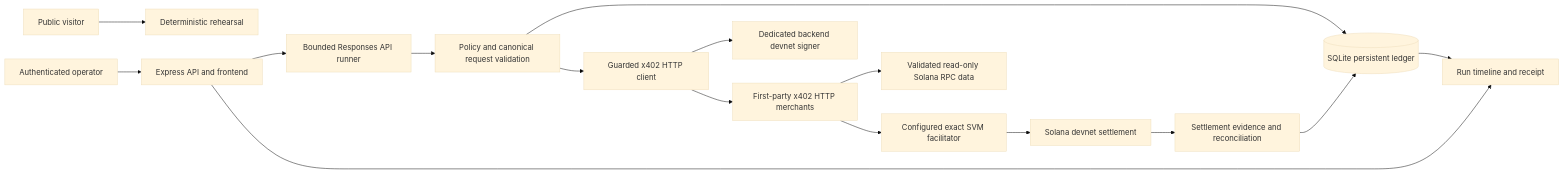
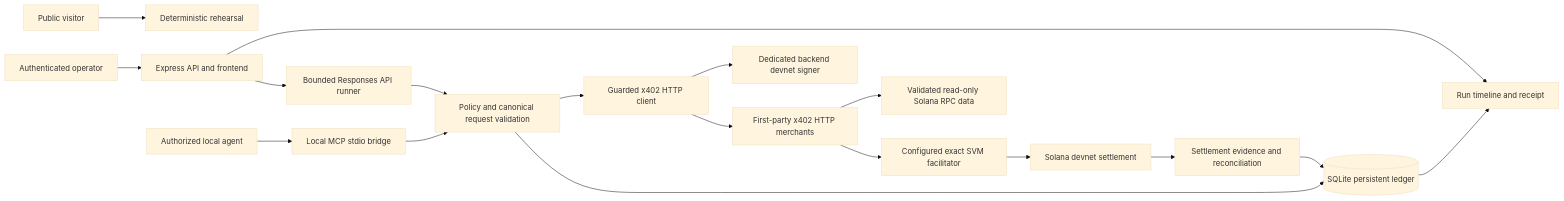
The first of 2 diagrams in docs/architecture.md (operatoruplift/allowance), drawn with Mermaid (base theme) before and after one commit. The commit also changed other lines of this file and 26 other files, not shown here.

````diff
--- a/docs/architecture.md
+++ b/docs/architecture.md
@@ -5,18 +5,20 @@
 ```mermaid
 flowchart LR
   Public[Public visitor] --> Demo[Deterministic rehearsal]
   Operator[Authenticated operator] --> Express[Express API and frontend]
   Express --> Runner[Bounded Responses API runner]
   Runner --> Guard[Policy and canonical request validation]
   Guard --> Ledger[(SQLite persistent ledger)]
   Guard --> Client[Guarded x402 HTTP client]
   Client --> Merchant[First-party x402 HTTP merchants]
   Client --> Signer[Dedicated backend devnet signer]
   Merchant --> Facilitator[Configured exact SVM facilitator]
   Facilitator --> Devnet[Solana devnet settlement]
   Merchant --> Data[Validated read-only Solana RPC data]
   Devnet --> Reconcile[Settlement evidence and reconciliation]
   Reconcile --> Ledger
   Ledger --> Receipt[Run timeline and receipt]
   Express --> Receipt
+  External[Authorized local agent] --> MCP[Local MCP stdio bridge]
+  MCP --> Guard
 ```
````
